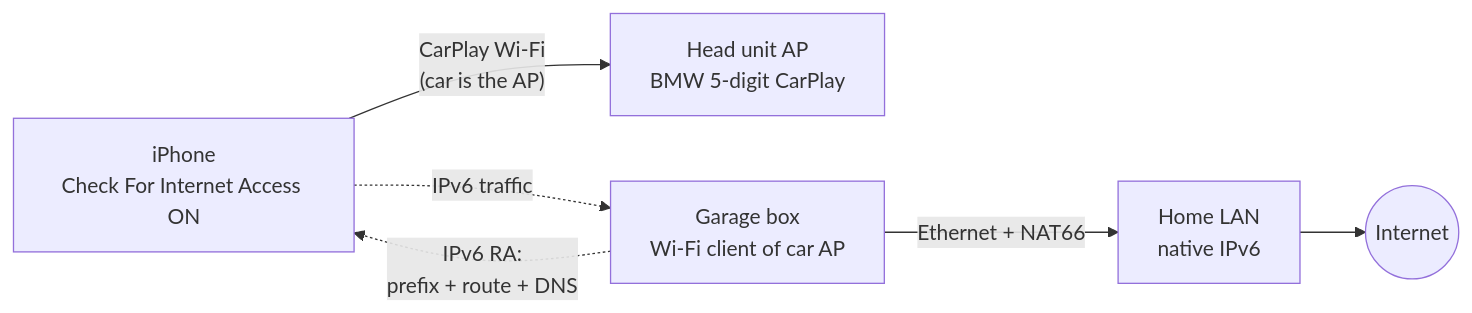
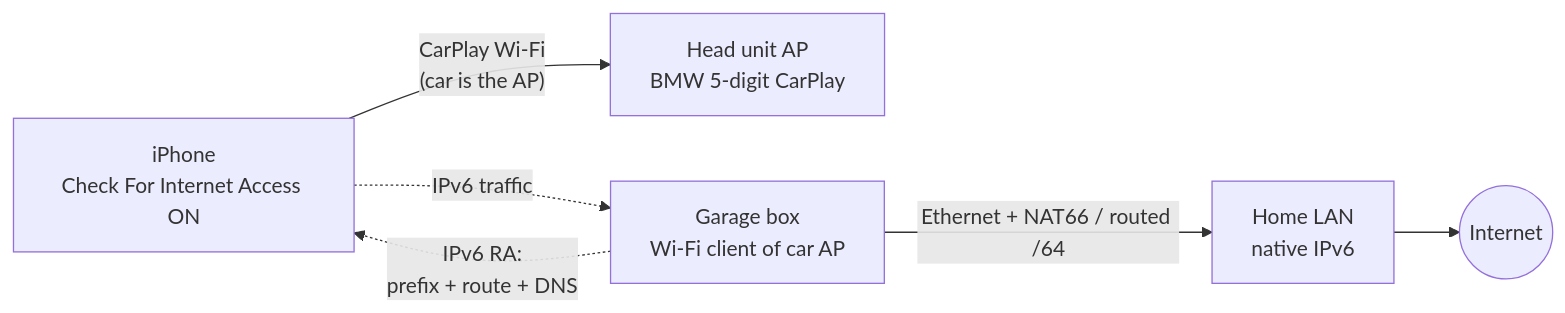
The diagram in README.md (ParkWardRR/internet-over-wireless-carplay), drawn with Mermaid before and after one commit. The commit also changed other lines of this file and 5 other files, not shown here.

````diff
--- a/README.md
+++ b/README.md
@@ -24,8 +29,8 @@
 ```mermaid
 flowchart LR
   P[iPhone<br/>Check For Internet Access ON] -- "CarPlay Wi-Fi<br/>(car is the AP)" --> HU[Head unit AP<br/>BMW 5-digit CarPlay]
   B[Garage box<br/>Wi-Fi client of car AP] -. "IPv6 RA:<br/>prefix + route + DNS" .-> P
   P -. "IPv6 traffic" .-> B
-  B -- "Ethernet + NAT66" --> L[Home LAN<br/>native IPv6]
+  B -- "Ethernet + NAT66 / routed /64" --> L[Home LAN<br/>native IPv6]
   L --> W((Internet))
 ```
````
